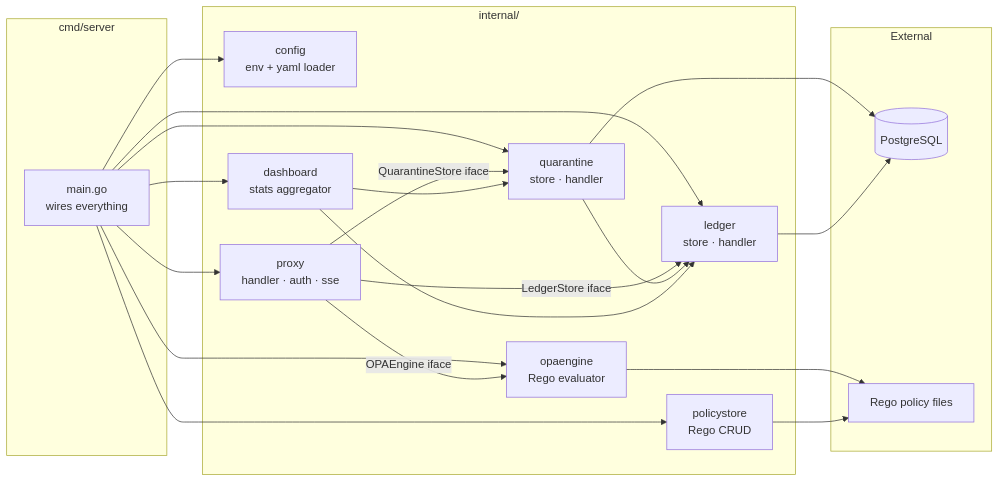
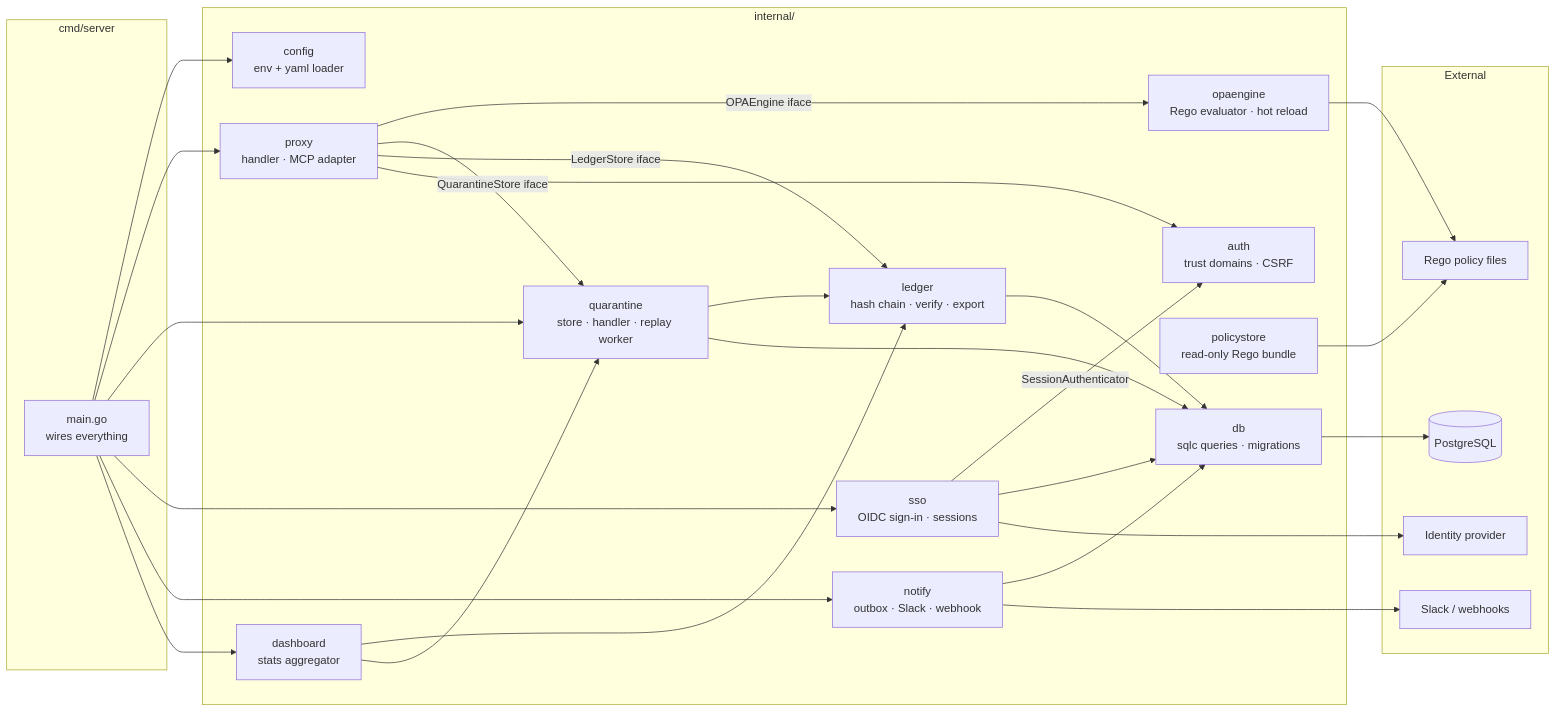
The third of 3 diagrams in docs/ARCHITECTURE.md (austinchima/KiteRail), drawn with Mermaid before and after one commit. The commit also changed other lines of this file and 111 other files, not shown here.

````diff
--- a/docs/ARCHITECTURE.md
+++ b/docs/ARCHITECTURE.md
@@ -159,42 +166,54 @@
 ```mermaid
 flowchart LR
     subgraph cmd["cmd/server"]
         MAIN[main.go<br/>wires everything]
     end
 
     subgraph internal["internal/"]
         CFG[config<br/>env + yaml loader]
-        PROXY[proxy<br/>handler · auth · sse]
-        OPA[opaengine<br/>Rego evaluator]
-        PS[policystore<br/>Rego CRUD]
-        Q[quarantine<br/>store · handler]
-        LED[ledger<br/>store · handler]
+        AUTH[auth<br/>trust domains · CSRF]
+        SSO[sso<br/>OIDC sign-in · sessions]
+        PROXY[proxy<br/>handler · MCP adapter]
+        OPA[opaengine<br/>Rego evaluator · hot reload]
+        PS[policystore<br/>read-only Rego bundle]
+        Q[quarantine<br/>store · handler · replay worker]
+        LED[ledger<br/>hash chain · verify · export]
+        NOT[notify<br/>outbox · Slack · webhook]
         DASH[dashboard<br/>stats aggregator]
+        DB[db<br/>sqlc queries · migrations]
     end
 
     subgraph external["External"]
         PG[(PostgreSQL)]
         REGO[Rego policy files]
+        IDP[Identity provider]
+        HOOK[Slack / webhooks]
     end
 
     MAIN --> CFG
     MAIN --> PROXY
-    MAIN --> OPA
-    MAIN --> PS
     MAIN --> Q
-    MAIN --> LED
+    MAIN --> SSO
+    MAIN --> NOT
     MAIN --> DASH
 
     PROXY -->|OPAEngine iface| OPA
     PROXY -->|QuarantineStore iface| Q
     PROXY -->|LedgerStore iface| LED
+    PROXY --> AUTH
+    SSO -->|SessionAuthenticator| AUTH
 
     Q --> LED
     DASH --> LED
     DASH --> Q
+    NOT --> DB
+    SSO --> DB
+    Q --> DB
+    LED --> DB
 
     OPA --> REGO
     PS --> REGO
-    Q --> PG
-    LED --> PG
+    DB --> PG
+    SSO --> IDP
+    NOT --> HOOK
 ```
````
